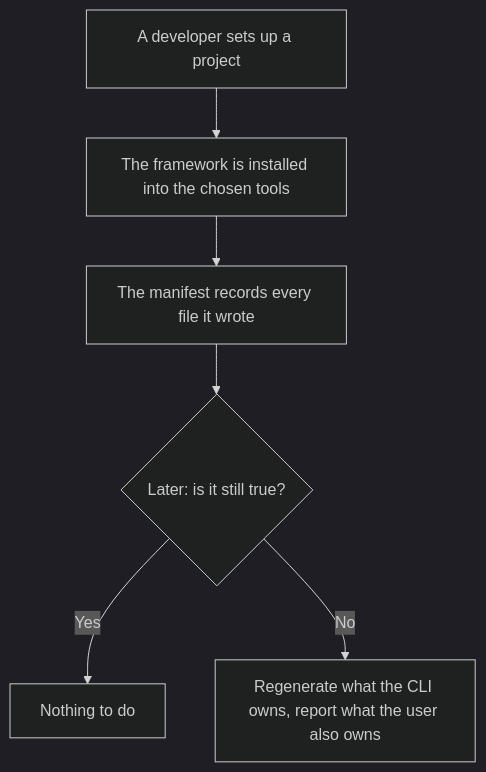
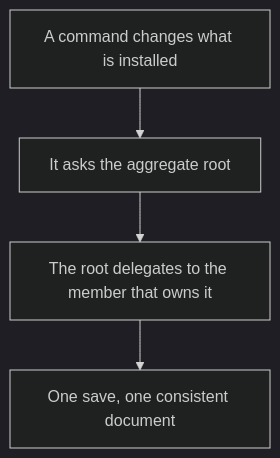
One commit to ai-driven-dev/aidd-framework changed the first of 2 diagrams in cli/aidd_docs/tasks/2026_08/2026_08_20_refactor-contextes-cli/phase-13.md. Above: the diagram before and after it, drawn with Mermaid (dark theme). The commit also changed other lines of this file and 17 other files, not shown here.

````diff
--- a/cli/aidd_docs/tasks/2026_08/2026_08_20_refactor-contextes-cli/phase-13.md
+++ b/cli/aidd_docs/tasks/2026_08/2026_08_20_refactor-contextes-cli/phase-13.md
@@ -39,8 +37,6 @@
 ```mermaid
 flowchart TD
-  A[A developer sets up a project] --> B[The framework is installed into the chosen tools]
-  B --> C[The manifest records every file it wrote]
-  C --> D{Later: is it still true?}
-  D -->|Yes| E[Nothing to do]
-  D -->|No| F[Regenerate what the CLI owns, report what the user also owns]
+  A[A command changes what is installed] --> B[It asks the aggregate root]
+  B --> C[The root delegates to the member that owns it]
+  C --> D[One save, one consistent document]
 ```
````
